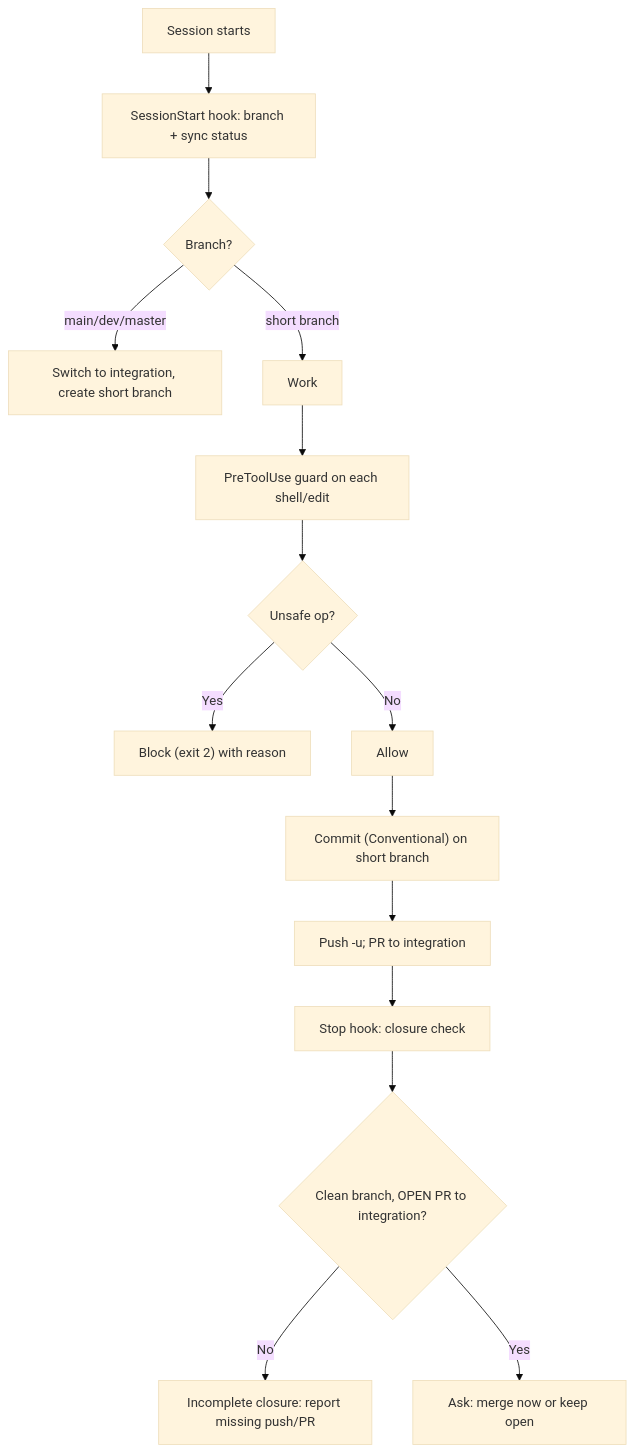
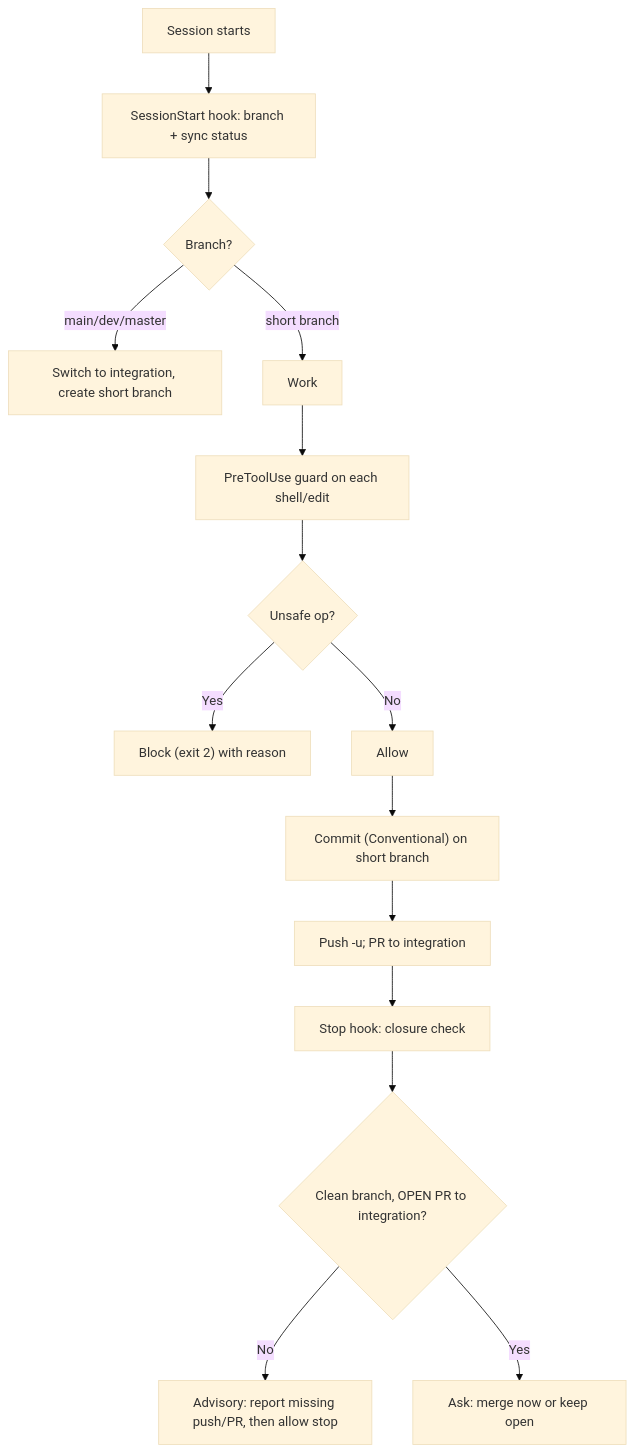
One commit to AureleDev/gitflow-sentinel changed the second of 2 diagrams in references/workflow.md. Above: the diagram before and after it, drawn with Mermaid (base theme). The commit also changed other lines of this file and 23 other files, not shown here.

````diff
--- a/references/workflow.md
+++ b/references/workflow.md
@@ -51,17 +51,17 @@
 ```mermaid
 flowchart TD
   A["Session starts"] --> B["SessionStart hook: branch + sync status"]
   B --> C{"Branch?"}
   C -- "main/dev/master" --> D["Switch to integration, create short branch"]
   C -- "short branch" --> E["Work"]
   E --> F["PreToolUse guard on each shell/edit"]
   F --> G{"Unsafe op?"}
   G -- "Yes" --> H["Block (exit 2) with reason"]
   G -- "No" --> I["Allow"]
   I --> J["Commit (Conventional) on short branch"]
   J --> K["Push -u; PR to integration"]
   K --> L["Stop hook: closure check"]
   L --> M{"Clean branch, OPEN PR to integration?"}
-  M -- "No" --> N["Incomplete closure: report missing push/PR"]
+  M -- "No" --> N["Advisory: report missing push/PR, then allow stop"]
   M -- "Yes" --> O["Ask: merge now or keep open"]
 ```
````
